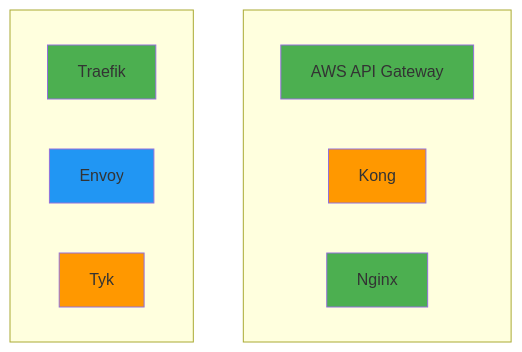
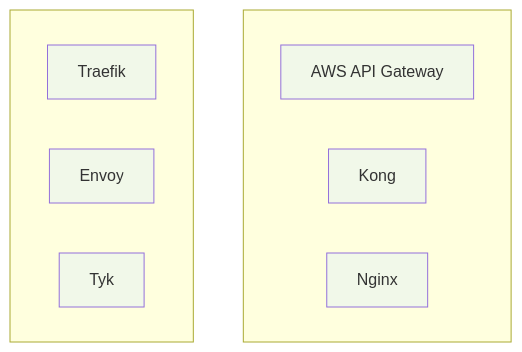
The ninth of 10 diagrams in theory/week_04/day1/challenge_2.md (niceguy61/kdt_devops_lecture_2025), drawn with Mermaid before and after one commit. The commit also changed other lines of this file, not shown here.

````diff
--- a/theory/week_04/day1/challenge_2.md
+++ b/theory/week_04/day1/challenge_2.md
@@ -353,21 +353,21 @@
 ```mermaid
 graph TB
     subgraph col1[" "]
         A[AWS API Gateway]
         B[Kong]
         C[Nginx]
     end
     
     subgraph col2[" "]
         D[Traefik]
         E[Envoy]
         F[Tyk]
     end
     
-    style A fill:#4caf50
-    style B fill:#ff9800
-    style C fill:#4caf50
-    style D fill:#4caf50
-    style E fill:#2196f3
-    style F fill:#ff9800
+    style A fill:#f1f8e9
+    style B fill:#f1f8e9
+    style C fill:#f1f8e9
+    style D fill:#f1f8e9
+    style E fill:#f1f8e9
+    style F fill:#f1f8e9
 ```
````
